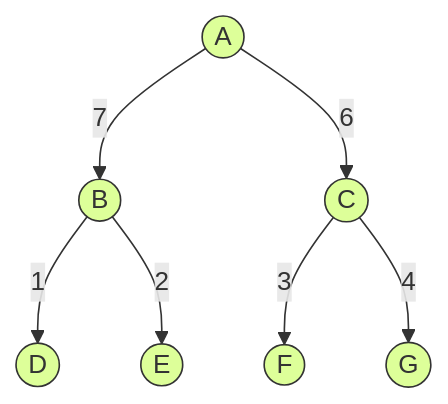
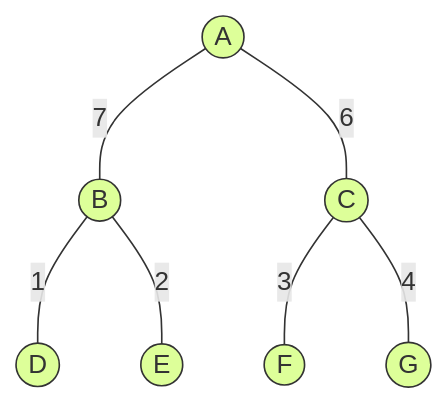
The fourth of 26 diagrams in docs/10.软考/10.软件设计师/10.数据结构与算法/15.树.md (mujin-lin/mujin-blog), drawn with Mermaid before and after one commit. The commit also changed other lines of this file and 2 other files, not shown here.

Commit message:
整理树的文章，增加图的文章内容

````diff
--- a/docs/10.软考/10.软件设计师/10.数据结构与算法/15.树.md
+++ b/docs/10.软考/10.软件设计师/10.数据结构与算法/15.树.md
@@ -195,16 +195,16 @@
     ```mermaid
     graph TD
-        A((A)) -->|7| B((B))
-        A((A)) -->|6| C((C))
-        B((B)) -->|1| D((D))
-        B((B)) -->|2| E((E))
-        C((C)) -->|3| F((F))
-        C((C)) -->|4| G((G))
+        A((A)) ---|7| B((B))
+        A((A)) ---|6| C((C))
+        B((B)) ---|1| D((D))
+        B((B)) ---|2| E((E))
+        C((C)) ---|3| F((F))
+        C((C)) ---|4| G((G))
         style D fill:#df9,stroke:#333
         style E fill:#df9,stroke:#333
         style B fill:#df9,stroke:#333
         style F fill:#df9,stroke:#333
         style G fill:#df9,stroke:#333
         style C fill:#df9,stroke:#333
         style A fill:#df9,stroke:#333
     ```
````
